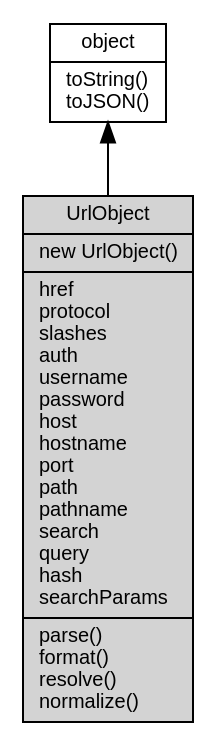
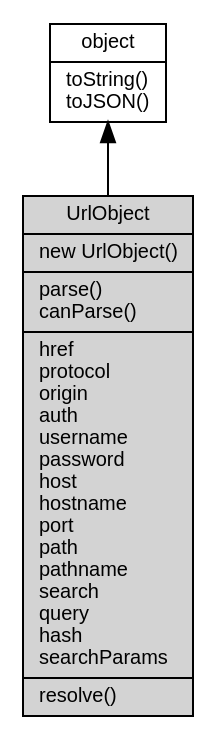
One commit to fibjs/fibjs.org changed the diagram in docs/manual/object/ifs/UrlObject.md. Above: the diagram before and after it, drawn with Graphviz. The commit also changed other lines of this file and 3 other files, not shown here.

Commit message:
update documentation for console output system, URL object methods, and static functions

````diff
--- a/docs/manual/object/ifs/UrlObject.md
+++ b/docs/manual/object/ifs/UrlObject.md
@@ -35,10 +35,10 @@
 ```dot
 digraph {
     node [fontname="Helvetica,sans-Serif", fontsize=10, shape="record", style="filled", fillcolor="white"];
 
     object [tooltip="object", URL="object.md", label="{object|toString()\ltoJSON()\l}"];
-    UrlObject [tooltip="UrlObject", fillcolor="lightgray", id="me", label="{UrlObject|new UrlObject()\l|href\lprotocol\lslashes\lauth\lusername\lpassword\lhost\lhostname\lport\lpath\lpathname\lsearch\lquery\lhash\lsearchParams\l|parse()\lformat()\lresolve()\lnormalize()\l}"];
+    UrlObject [tooltip="UrlObject", fillcolor="lightgray", id="me", label="{UrlObject|new UrlObject()\l|parse()\lcanParse()\l|href\lprotocol\lorigin\lauth\lusername\lpassword\lhost\lhostname\lport\lpath\lpathname\lsearch\lquery\lhash\lsearchParams\l|resolve()\l}"];
 
     object -> UrlObject [dir=back];
 }
 ```
````
